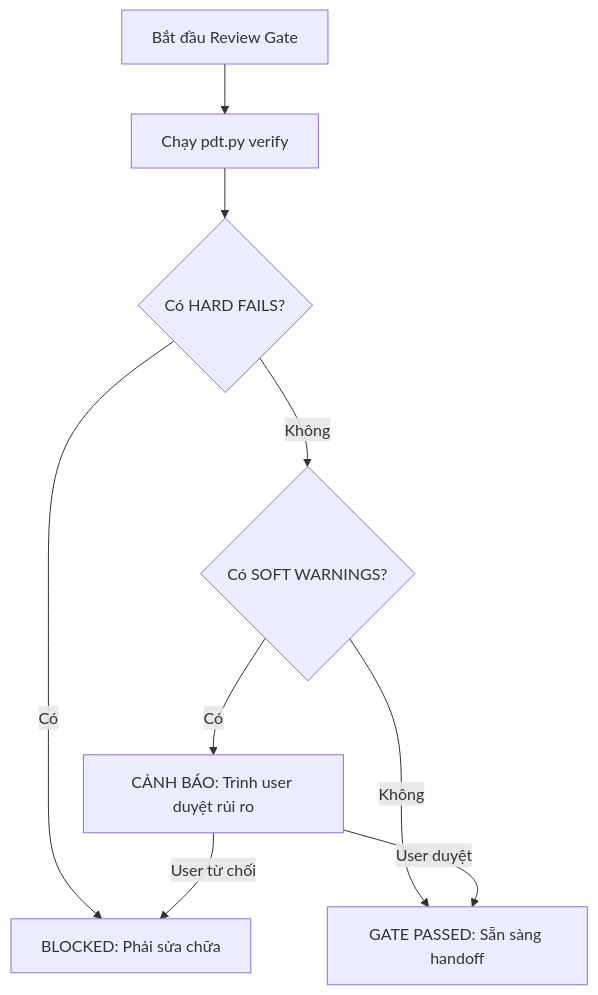
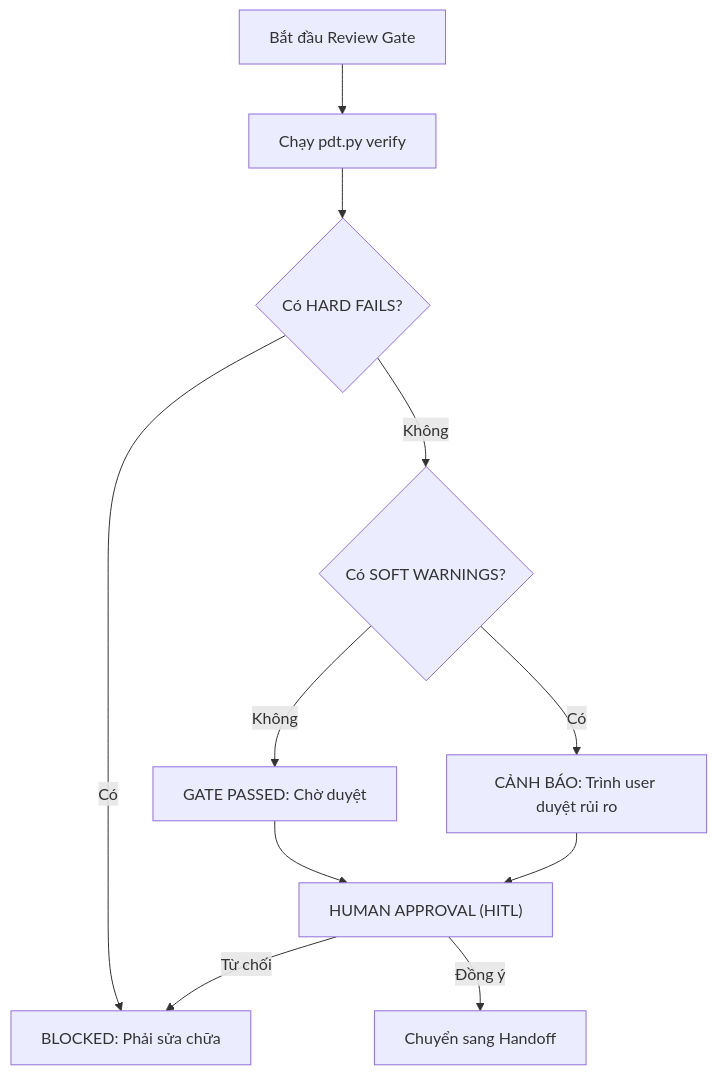
The diagram in .agents/workflows/review-gate.md (khanhbkqt/create-pd-harness), drawn with Mermaid before and after one commit. The commit also changed other lines of this file and 14 other files, not shown here.

````diff
--- a/.agents/workflows/review-gate.md
+++ b/.agents/workflows/review-gate.md
@@ -37,11 +37,13 @@
 ```mermaid
 flowchart TD
     A["Bắt đầu Review Gate"] --> B["Chạy pdt.py verify"]
     B --> C{"Có HARD FAILS?"}
     C -->|Có| D["BLOCKED: Phải sửa chữa"]
     C -->|Không| E{"Có SOFT WARNINGS?"}
     E -->|Có| F["CẢNH BÁO: Trình user duyệt rủi ro"]
-    E -->|Không| G["GATE PASSED: Sẵn sàng handoff"]
-    F -->|User duyệt| G
-    F -->|User từ chối| D
+    E -->|Không| G["GATE PASSED: Chờ duyệt"]
+    G --> H["HUMAN APPROVAL (HITL)"]
+    F --> H
+    H -->|Đồng ý| I["Chuyển sang Handoff"]
+    H -->|Từ chối| D
 ```
````
